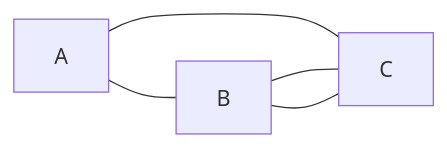
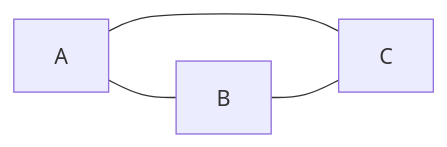
Before and after one commit to justfetz/iit-cs-583-probabilistic-graphical-models-notes: the diagram in MarkovToBayesianNetworkExample.md, drawn with Mermaid. The commit also changed other lines of this file, not shown here.

````diff
--- a/MarkovToBayesianNetworkExample.md
+++ b/MarkovToBayesianNetworkExample.md
@@ -11,7 +8,6 @@
 ```mermaid
 graph LR
     A --- B
     A --- C
     B --- C
-    C --- B
 ```
````
